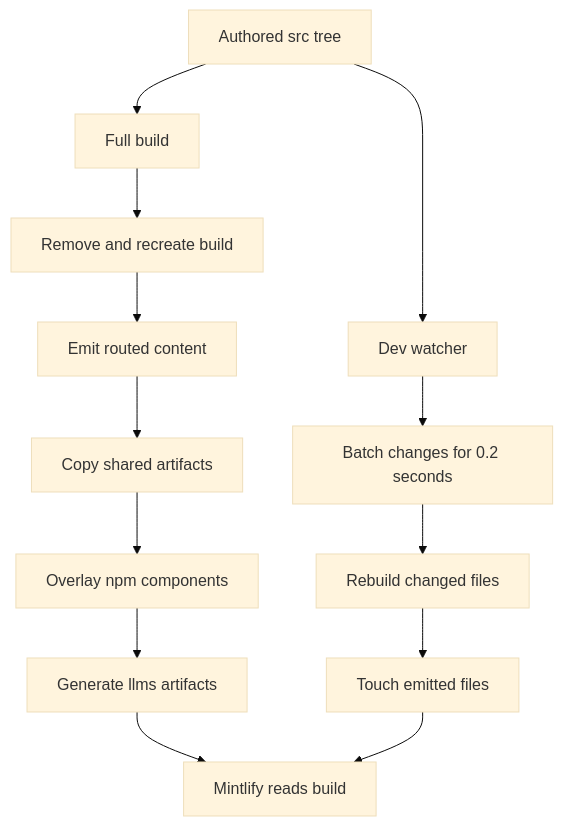
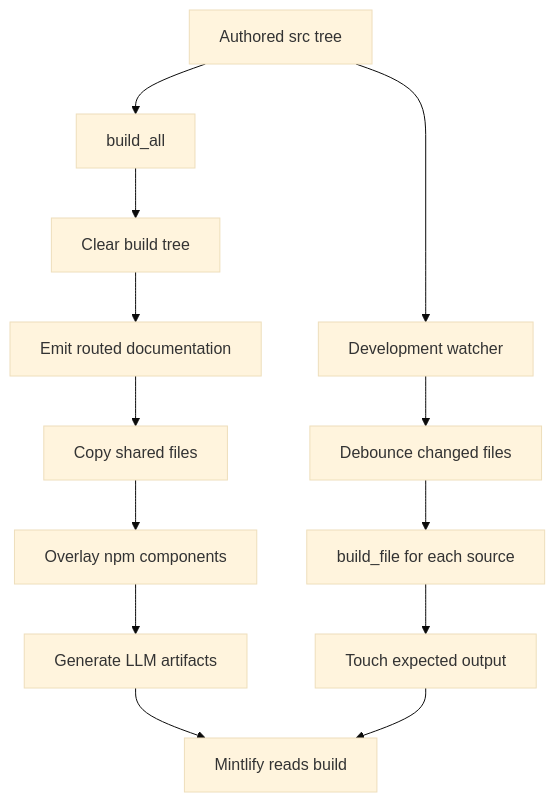
One commit to langchain-ai/docs changed the diagram in openwiki/architecture/build-system.md. Above: the diagram before and after it, drawn with Mermaid (base theme). The commit also changed other lines of this file and 34 other files, not shown here.

````diff
--- a/openwiki/architecture/build-system.md
+++ b/openwiki/architecture/build-system.md
@@ -39,15 +37,15 @@
 ```mermaid
 flowchart TD
-    Src["Authored src tree"] --> Full["Full build"]
-    Full --> Clear["Remove and recreate build"]
-    Clear --> Routes["Emit routed content"]
-    Routes --> Shared["Copy shared artifacts"]
-    Shared --> Npm["Overlay npm components"]
-    Npm --> Llm["Generate llms artifacts"]
-    Llm --> Mint["Mintlify reads build"]
-    Src --> Watch["Dev watcher"]
-    Watch --> Debounce["Batch changes for 0.2 seconds"]
-    Debounce --> Incremental["Rebuild changed files"]
-    Incremental --> Touch["Touch emitted files"]
+    Source["Authored src tree"] --> Full["build_all"]
+    Full --> Clear["Clear build tree"]
+    Clear --> Routes["Emit routed documentation"]
+    Routes --> Shared["Copy shared files"]
+    Shared --> Overlay["Overlay npm components"]
+    Overlay --> Index["Generate LLM artifacts"]
+    Index --> Mint["Mintlify reads build"]
+    Source --> Watch["Development watcher"]
+    Watch --> Debounce["Debounce changed files"]
+    Debounce --> Incremental["build_file for each source"]
+    Incremental --> Touch["Touch expected output"]
     Touch --> Mint
 ```
````
